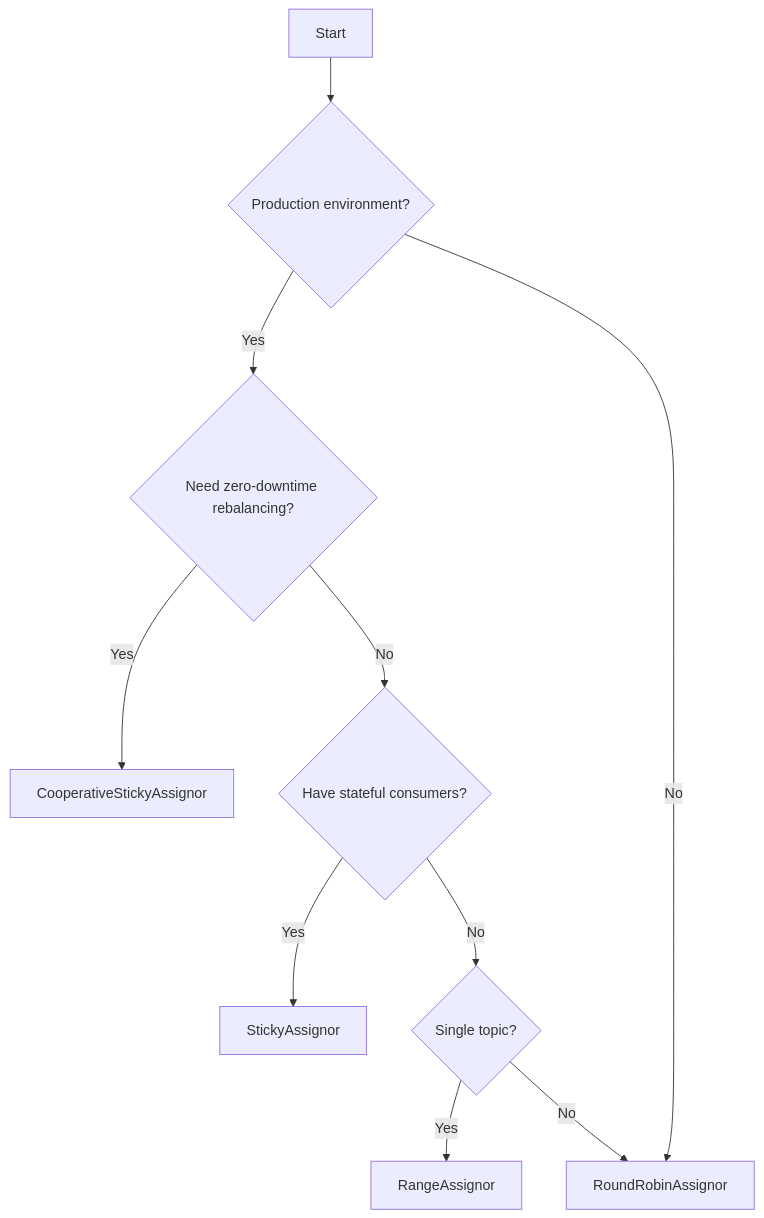
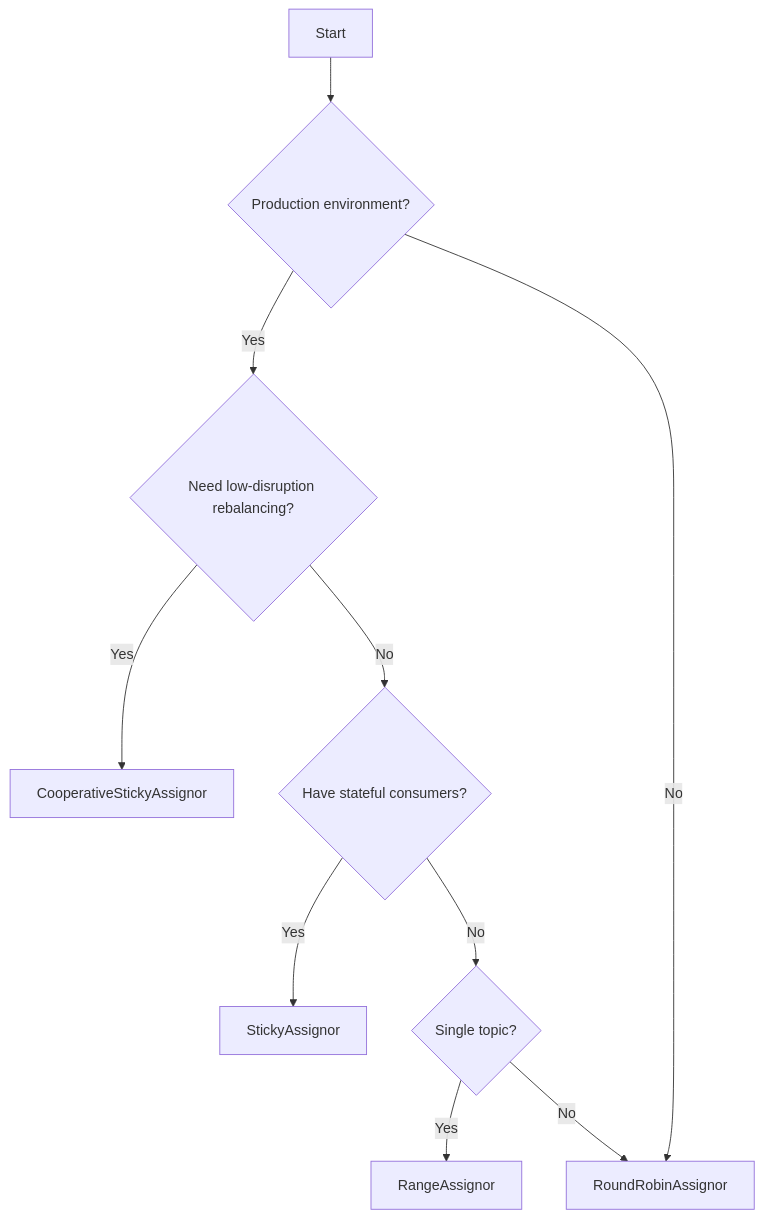
Before and after one commit to OneUptime/blog: the ninth of 9 diagrams in posts/2026-01-30-kafka-consumer-assignment-strategies/README.md, drawn with Mermaid. The commit also changed other lines of this file and 2 other files, not shown here.

````diff
--- a/posts/2026-01-30-kafka-consumer-assignment-strategies/README.md
+++ b/posts/2026-01-30-kafka-consumer-assignment-strategies/README.md
@@ -469,12 +466,12 @@
 ```mermaid
 flowchart TD
     A[Start] --> B{Production environment?}
-    B -->|Yes| C{Need zero-downtime rebalancing?}
+    B -->|Yes| C{Need low-disruption rebalancing?}
     B -->|No| D[RoundRobinAssignor]
     C -->|Yes| E[CooperativeStickyAssignor]
     C -->|No| F{Have stateful consumers?}
     F -->|Yes| G[StickyAssignor]
     F -->|No| H{Single topic?}
     H -->|Yes| I[RangeAssignor]
     H -->|No| D
 ```
````
